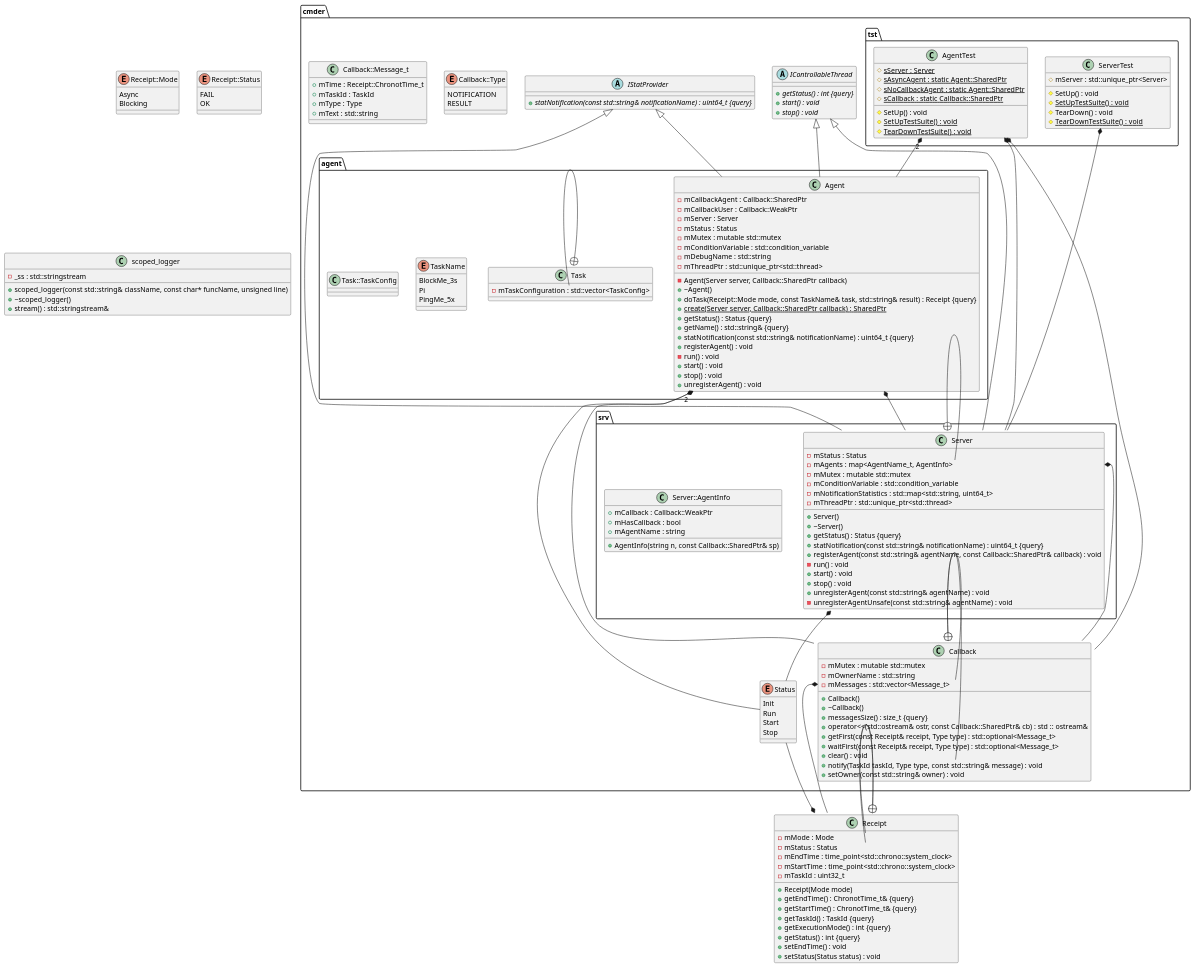
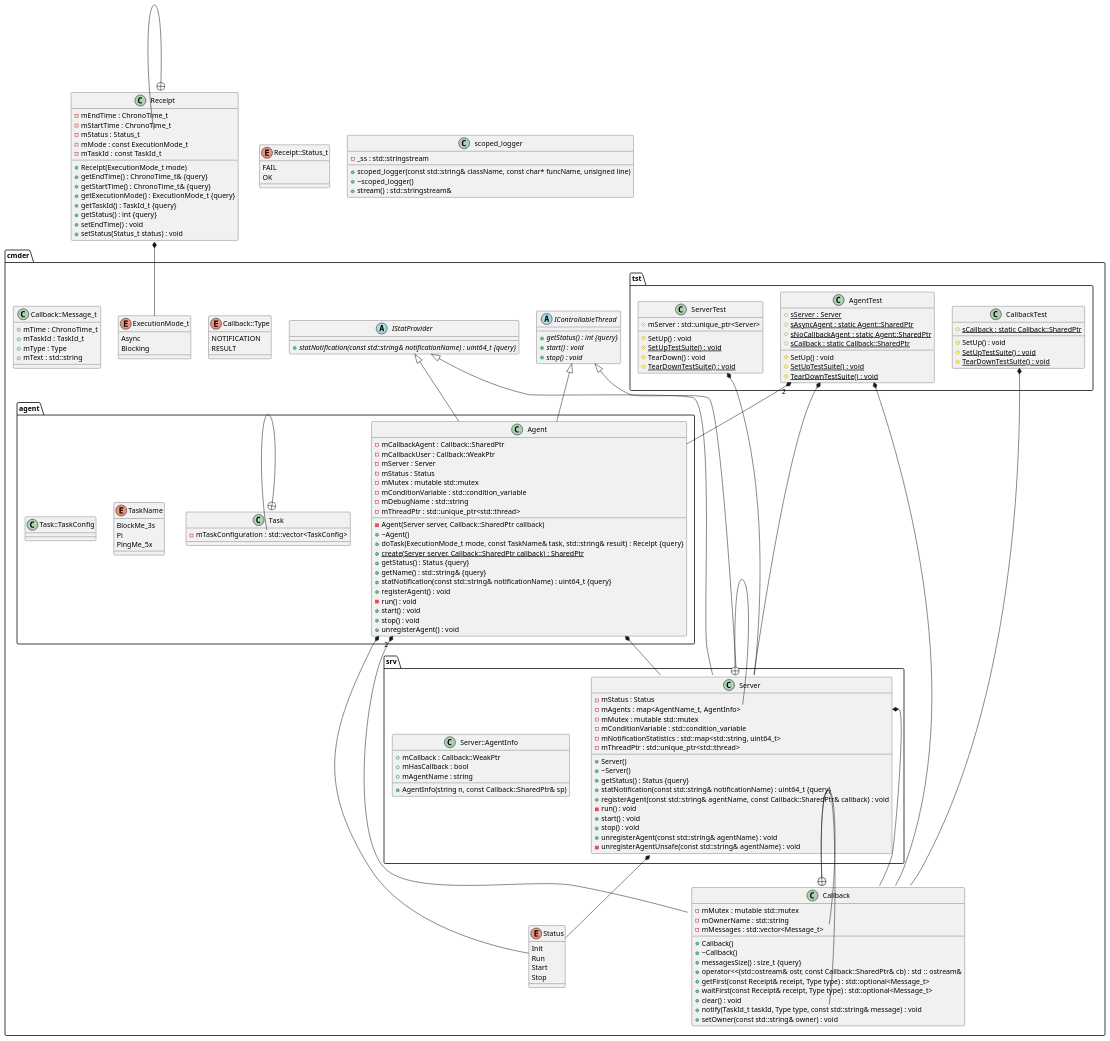
The diagram in diagrams/classdiagram.puml (h6wk/Cmder), drawn with PlantUML before and after one commit. The commit also changed 11 other files, not shown here.

Commit message:
Types.hpp & CallbackTest

```diff
--- a/diagrams/classdiagram.puml
+++ b/diagrams/classdiagram.puml
@@ -7,29 +7,23 @@
 /' Objects '/
 
 class Receipt {
-	+Receipt(Mode mode)
-	+getEndTime() : ChronotTime_t& {query}
-	+getStartTime() : ChronotTime_t& {query}
-	-mMode : Mode
-	-mStatus : Status
-	+getTaskId() : TaskId {query}
-	+getExecutionMode() : int {query}
+	+Receipt(ExecutionMode_t mode)
+	-mEndTime : ChronoTime_t
+	-mStartTime : ChronoTime_t
+	+getEndTime() : ChronoTime_t& {query}
+	+getStartTime() : ChronoTime_t& {query}
+	+getExecutionMode() : ExecutionMode_t {query}
+	-mStatus : Status_t
+	+getTaskId() : TaskId_t {query}
+	-mMode : const ExecutionMode_t
+	-mTaskId : const TaskId_t
 	+getStatus() : int {query}
-	-mEndTime : time_point<std::chrono::system_clock>
-	-mStartTime : time_point<std::chrono::system_clock>
-	-mTaskId : uint32_t
 	+setEndTime() : void
-	+setStatus(Status status) : void
+	+setStatus(Status_t status) : void
 }
 
 
-enum Receipt::Mode {
-	Async
-	Blocking
-}
-
-
-enum Receipt::Status {
+enum Receipt::Status_t {
 	FAIL
 	OK
 }
@@ -55,7 +49,7 @@
 		-mOwnerName : std::string
 		-mMessages : std::vector<Message_t>
 		+clear() : void
-		+notify(TaskId taskId, Type type, const std::string& message) : void
+		+notify(TaskId_t taskId, Type type, const std::string& message) : void
 		+setOwner(const std::string& owner) : void
 	}
 
@@ -74,6 +68,11 @@
 		RESULT
 	}
 
+	enum ExecutionMode_t {
+		Async
+		Blocking
+	}
+
 	enum Status {
 		Init
 		Run
@@ -82,8 +81,8 @@
 	}
 
 	class Callback::Message_t {
-		+mTime : Receipt::ChronotTime_t
-		+mTaskId : TaskId
+		+mTime : ChronoTime_t
+		+mTaskId : TaskId_t
 		+mType : Type
 		+mText : std::string
 	}
@@ -93,6 +92,13 @@
 			#{static} sServer : Server
 			#{static} sAsyncAgent : static Agent::SharedPtr
 			#{static} sNoCallbackAgent : static Agent::SharedPtr
+			#{static} sCallback : static Callback::SharedPtr
+			#SetUp() : void
+			#{static} SetUpTestSuite() : void
+			#{static} TearDownTestSuite() : void
+		}
+
+		class CallbackTest {
 			#{static} sCallback : static Callback::SharedPtr
 			#SetUp() : void
 			#{static} SetUpTestSuite() : void
@@ -142,7 +148,7 @@
 			+~Agent()
 			-mCallbackAgent : Callback::SharedPtr
 			-mCallbackUser : Callback::WeakPtr
-			+doTask(Receipt::Mode mode, const TaskName& task, std::string& result) : Receipt {query}
+			+doTask(ExecutionMode_t mode, const TaskName& task, std::string& result) : Receipt {query}
 			-mServer : Server
 			+{static} create(Server server, Callback::SharedPtr callback) : SharedPtr
 			+getStatus() : Status {query}
@@ -216,10 +222,10 @@
 cmder.tst.AgentTest *-- cmder.srv.Server
 
 
-cmder.Callback::Message_t *-- .Receipt
+cmder.tst.CallbackTest *-- cmder.Callback
 
 
-.Receipt *-- cmder.Status
+.Receipt *-- cmder.ExecutionMode_t
 
 
 cmder.srv.Server *-- cmder.Status
@@ -243,10 +249,7 @@
 cmder.Callback +-- cmder.Callback::Type
 
 
-.Receipt +-- .Receipt::Mode
-
-
-.Receipt +-- .Receipt::Status
+.Receipt +-- .Receipt::Status_t
 
 
 cmder.srv.Server +-- cmder.srv.Server::AgentInfo
```
